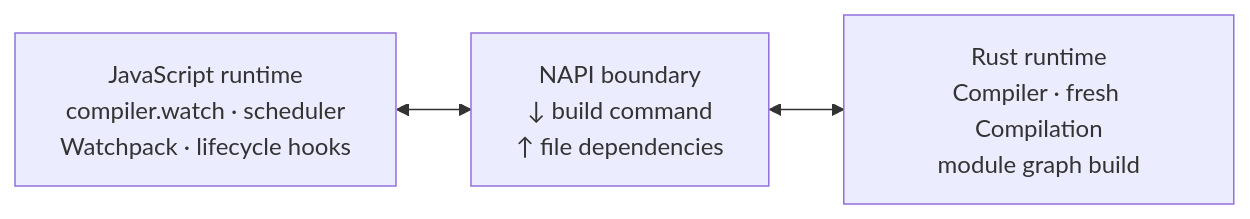
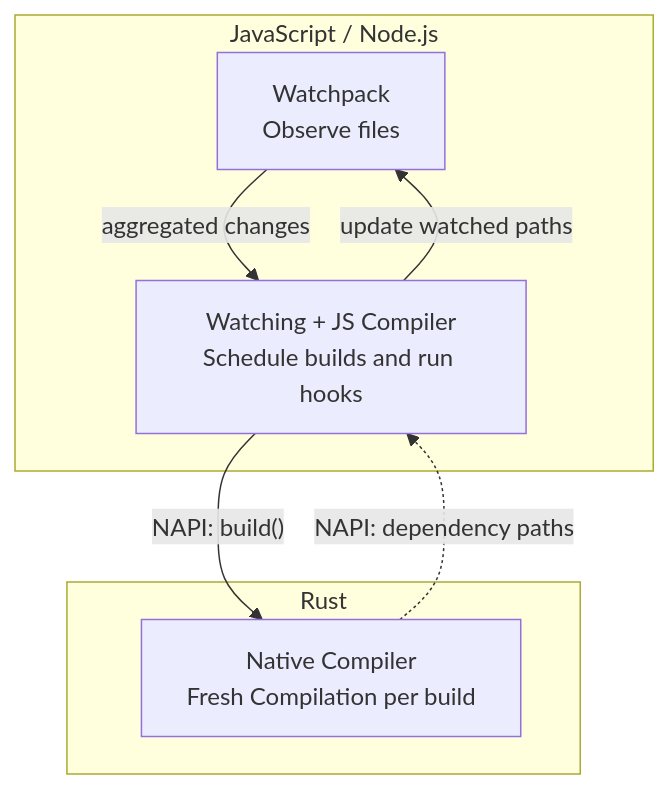
Before and after one commit to CoderSerio/blog: the second of 4 diagrams in src/content/posts/feopack-watch-mode.md, drawn with Mermaid. The commit also changed other lines of this file and 1 other file, not shown here.

Commit message:
docs: clarify watch mode and incremental build chapters

````diff
--- a/src/content/posts/feopack-watch-mode.md
+++ b/src/content/posts/feopack-watch-mode.md
@@ -106,11 +109,17 @@
 ```mermaid
 %% plain %%
-%% label: Feopack · ownership in watch mode %%
+%% label: Watch loop ownership %%
 %%{init: {"look": "classic"}}%%
-flowchart LR
-  JavaScript["JavaScript runtime<br/>compiler.watch · scheduler<br/>Watchpack · lifecycle hooks"]
-  Boundary["NAPI boundary<br/>↓ build command<br/>↑ file dependencies"]
-  Rust["Rust runtime<br/>Compiler · fresh Compilation<br/>module graph build"]
-
-  JavaScript <--> Boundary <--> Rust
+flowchart TB
+  subgraph JS["JavaScript / Node.js"]
+    Watchpack["Watchpack<br/>Observe files"]
+    Scheduler["Watching + JS Compiler<br/>Schedule builds and run hooks"]
+    Watchpack -->|aggregated changes| Scheduler
+    Scheduler -->|update watched paths| Watchpack
+  end
+  subgraph Native["Rust"]
+    Compiler["Native Compiler<br/>Fresh Compilation per build"]
+  end
+  Scheduler -->|"NAPI: build()"| Compiler
+  Compiler -.->|"NAPI: dependency paths"| Scheduler
 ```
````
